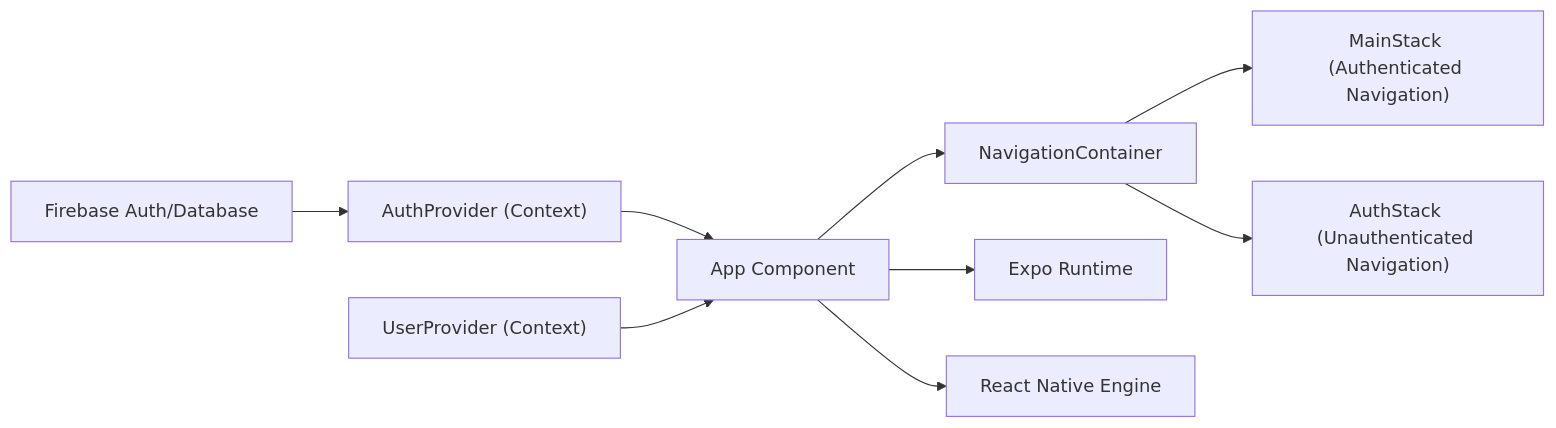
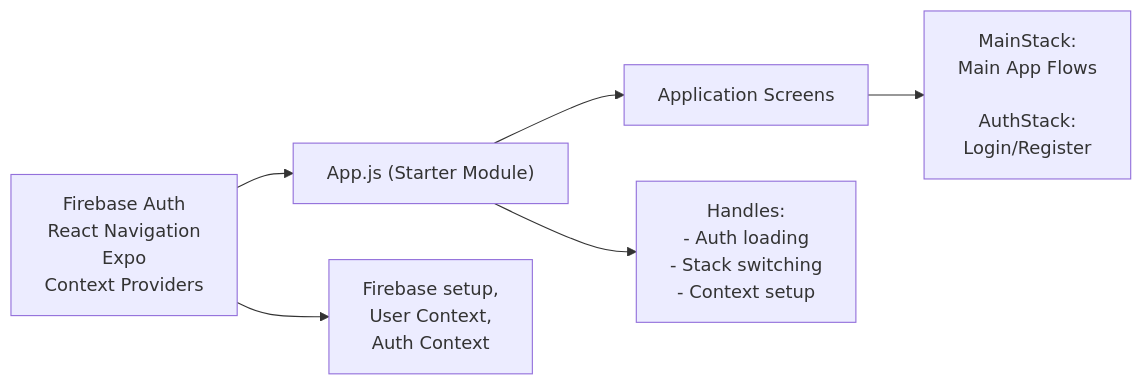
Before and after one commit to lucasboucher/Expo-Firebase-Boiler-Plate-2: the diagram in .shelfya/starter/getting-started.md, drawn with Mermaid. The commit also changed other lines of this file and 7 other files, not shown here.

````diff
--- a/.shelfya/starter/getting-started.md
+++ b/.shelfya/starter/getting-started.md
@@ -62,10 +36,7 @@
 ```mermaid
 flowchart LR
-  firebase["Firebase Auth/Database"] --> AuthProvider["AuthProvider (Context)"] --> App["App Component"]
-  UserProvider["UserProvider (Context)"] --> App
-  App --> NavigationContainer["NavigationContainer"]
-  NavigationContainer --> MainStack["MainStack (Authenticated Navigation)"]
-  NavigationContainer --> AuthStack["AuthStack (Unauthenticated Navigation)"]
-  App --> ExpoRuntime["Expo Runtime"]
-  App --> ReactNative["React Native Engine"]
+  dependencies["Firebase Auth<br>React Navigation<br>Expo<br>Context Providers"] --> thisModule["App.js (Starter Module)"] --> usedBy["Application Screens"]
+  dependencies --> details["Firebase setup,<br> User Context,<br> Auth Context"]
+  thisModule --> process["Handles:<br>- Auth loading<br>- Stack switching<br>- Context setup"]
+  usedBy --> consumers["MainStack:<br>Main App Flows<br><br>AuthStack:<br>Login/Register"]
 ```
````
